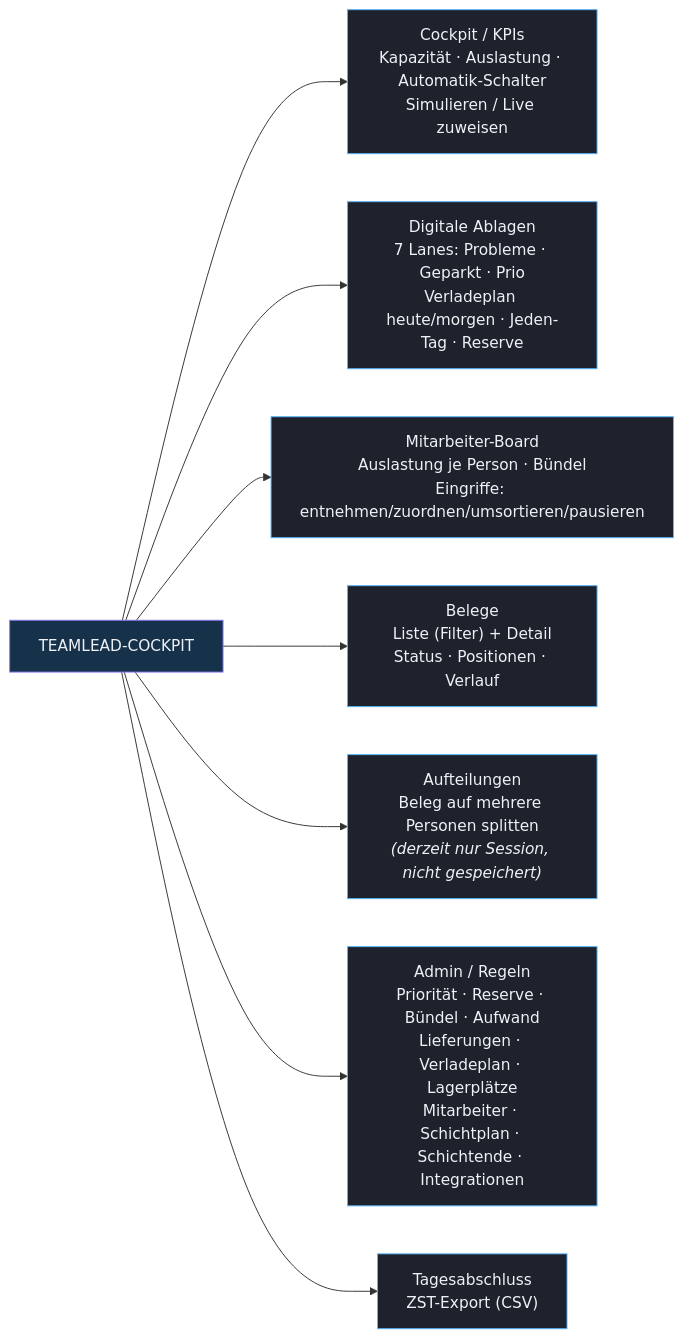
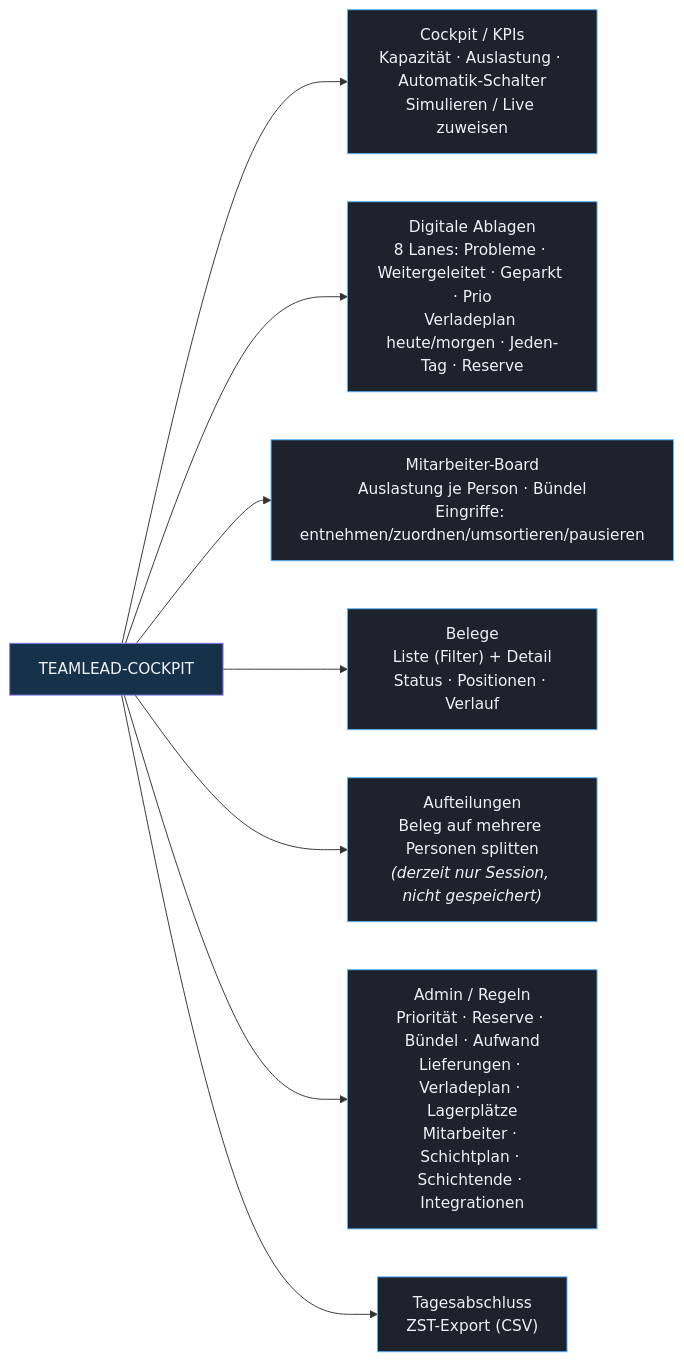
The diagram in docs/handbook/src/teamlead-map.mmd (officialoniichat/paketdispov2), drawn with Mermaid before and after one commit. The commit also changed 8 other files, not shown here.

First line of the commit message:
docs(architecture): C4 + Handbuch an Teamlead-Cockpit-Stand angleichen (Task 3/3)

```diff
--- a/docs/handbook/src/teamlead-map.mmd
+++ b/docs/handbook/src/teamlead-map.mmd
@@ -1,23 +1,23 @@
 %% Teamlead-Cockpit — Funktionsübersicht
 flowchart LR
     classDef hub fill:#16314a,stroke:#8b7cf6,color:#eef1f6;
     classDef area fill:#1d222c,stroke:#56b6ff,color:#eef1f6;
     classDef sub fill:#23272f,stroke:#7c8696,color:#cbd2dd;
 
     hub["TEAMLEAD-COCKPIT"]:::hub
 
     ck["Cockpit / KPIs<br/>Kapazität · Auslastung · Automatik-Schalter<br/>Simulieren / Live zuweisen"]:::area
-    ab["Digitale Ablagen<br/>7 Lanes: Probleme · Geparkt · Prio<br/>Verladeplan heute/morgen · Jeden-Tag · Reserve"]:::area
+    ab["Digitale Ablagen<br/>8 Lanes: Probleme · Weitergeleitet · Geparkt · Prio<br/>Verladeplan heute/morgen · Jeden-Tag · Reserve"]:::area
     bo["Mitarbeiter-Board<br/>Auslastung je Person · Bündel<br/>Eingriffe: entnehmen/zuordnen/umsortieren/pausieren"]:::area
     be["Belege<br/>Liste (Filter) + Detail<br/>Status · Positionen · Verlauf"]:::area
     sp["Aufteilungen<br/>Beleg auf mehrere Personen splitten<br/><i>(derzeit nur Session, nicht gespeichert)</i>"]:::area
     ad["Admin / Regeln<br/>Priorität · Reserve · Bündel · Aufwand<br/>Lieferungen · Verladeplan · Lagerplätze<br/>Mitarbeiter · Schichtplan · Schichtende · Integrationen"]:::area
     zs["Tagesabschluss<br/>ZST-Export (CSV)"]:::area
 
     hub --> ck
     hub --> ab
     hub --> bo
     hub --> be
     hub --> sp
     hub --> ad
     hub --> zs
```
